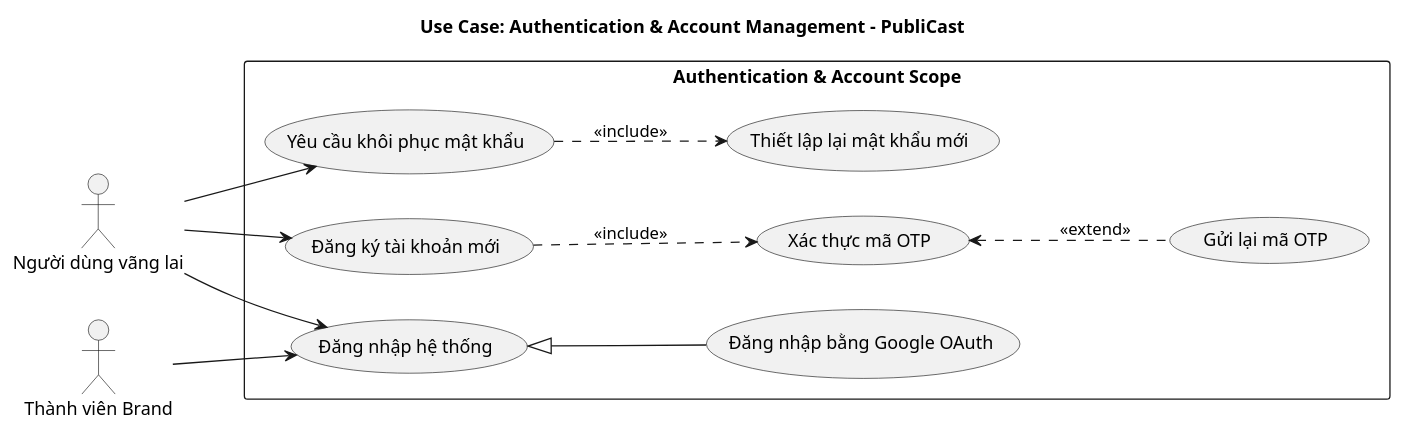
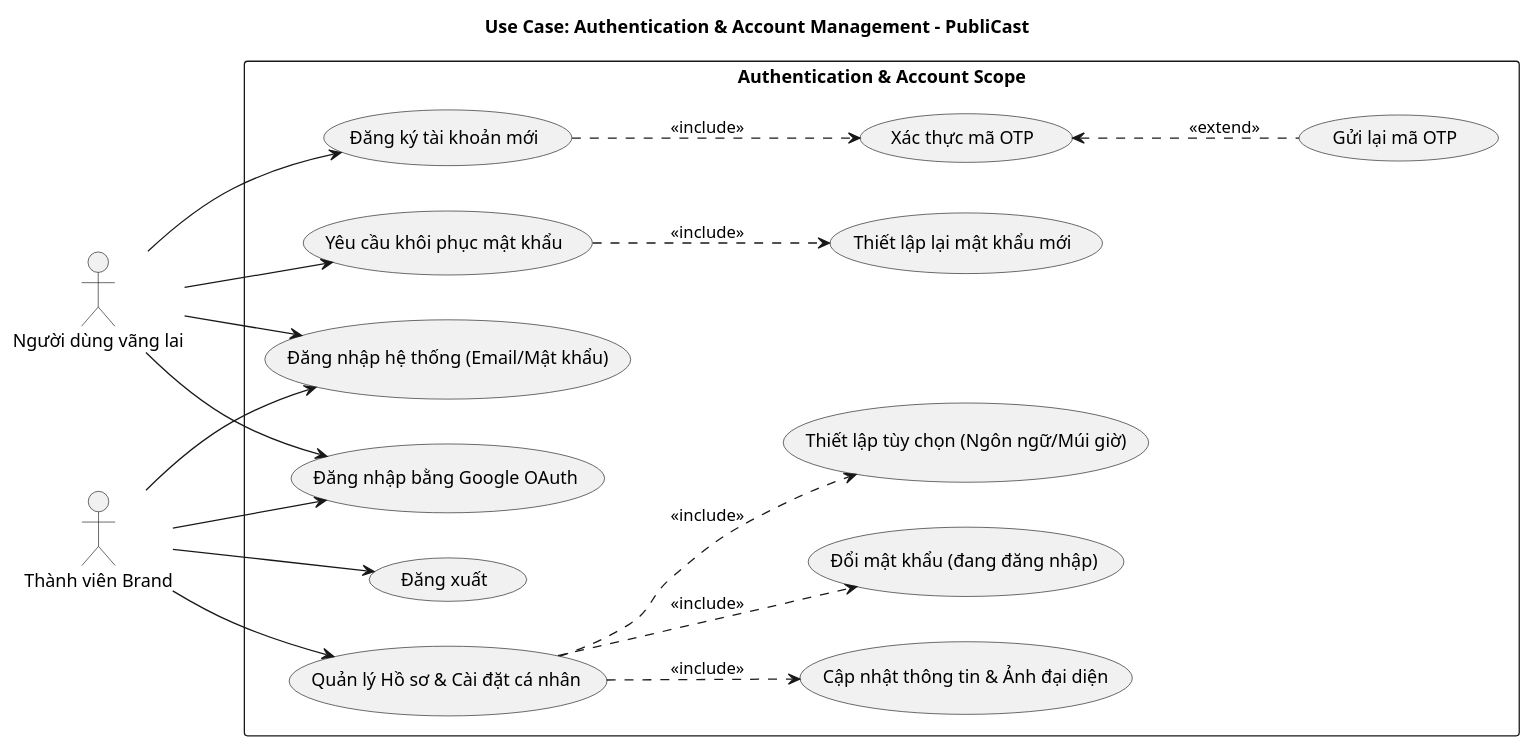
One commit to Nguyen-Thanh-Huy-io/FCAJ-AWS-Project changed the diagram in docs/diagrams/usecase_authentication.puml. Above: the diagram before and after it, drawn with PlantUML. The commit also changed 34 other files, not shown here.

```diff
--- a/docs/diagrams/usecase_authentication.puml
+++ b/docs/diagrams/usecase_authentication.puml
@@ -1,38 +1,55 @@
 @startuml UseCase_Authentication
 title Use Case: Authentication & Account Management - PubliCast
 
 left to right direction
 skinparam monochrome true
 skinparam shading false
 
-
 actor "Người dùng vãng lai" as ActorAnonymous
 actor "Thành viên Brand" as ActorMember
 
 rectangle "Authentication & Account Scope" {
+    ' Đăng ký & Xác thực
     usecase "Đăng ký tài khoản mới" as UC_Register
     usecase "Xác thực mã OTP" as UC_VerifyOTP
     usecase "Gửi lại mã OTP" as UC_ResendOTP
     
-    usecase "Đăng nhập hệ thống" as UC_Login
+    ' Đăng nhập
+    usecase "Đăng nhập hệ thống (Email/Mật khẩu)" as UC_Login
     usecase "Đăng nhập bằng Google OAuth" as UC_GoogleLogin
+    usecase "Đăng xuất" as UC_Logout
     
+    ' Khôi phục mật khẩu
     usecase "Yêu cầu khôi phục mật khẩu" as UC_ForgotPass
     usecase "Thiết lập lại mật khẩu mới" as UC_ResetPass
+    
+    ' Quản lý hồ sơ (UC04)
+    usecase "Quản lý Hồ sơ & Cài đặt cá nhân" as UC_ManageProfile
+    usecase "Cập nhật thông tin & Ảnh đại diện" as UC_UpdateProfile
+    usecase "Đổi mật khẩu (đang đăng nhập)" as UC_ChangePass
+    usecase "Thiết lập tùy chọn (Ngôn ngữ/Múi giờ)" as UC_UpdateSettings
 }
 
 ' Mối liên hệ đăng ký & OTP
 ActorAnonymous --> UC_Register
 UC_Register ..> UC_VerifyOTP : <<include>>
 UC_VerifyOTP <.. UC_ResendOTP : <<extend>>
 
-' Đăng nhập
+' Đăng nhập & Đăng xuất
 ActorAnonymous --> UC_Login
+ActorAnonymous --> UC_GoogleLogin
 ActorMember --> UC_Login
-UC_Login <|-- UC_GoogleLogin
+ActorMember --> UC_GoogleLogin
+ActorMember --> UC_Logout
 
 ' Quên mật khẩu
 ActorAnonymous --> UC_ForgotPass
 UC_ForgotPass ..> UC_ResetPass : <<include>>
 
+' Quản lý hồ sơ & cài đặt
+ActorMember --> UC_ManageProfile
+UC_ManageProfile ..> UC_UpdateProfile : <<include>>
+UC_ManageProfile ..> UC_ChangePass : <<include>>
+UC_ManageProfile ..> UC_UpdateSettings : <<include>>
+
 @enduml
```
